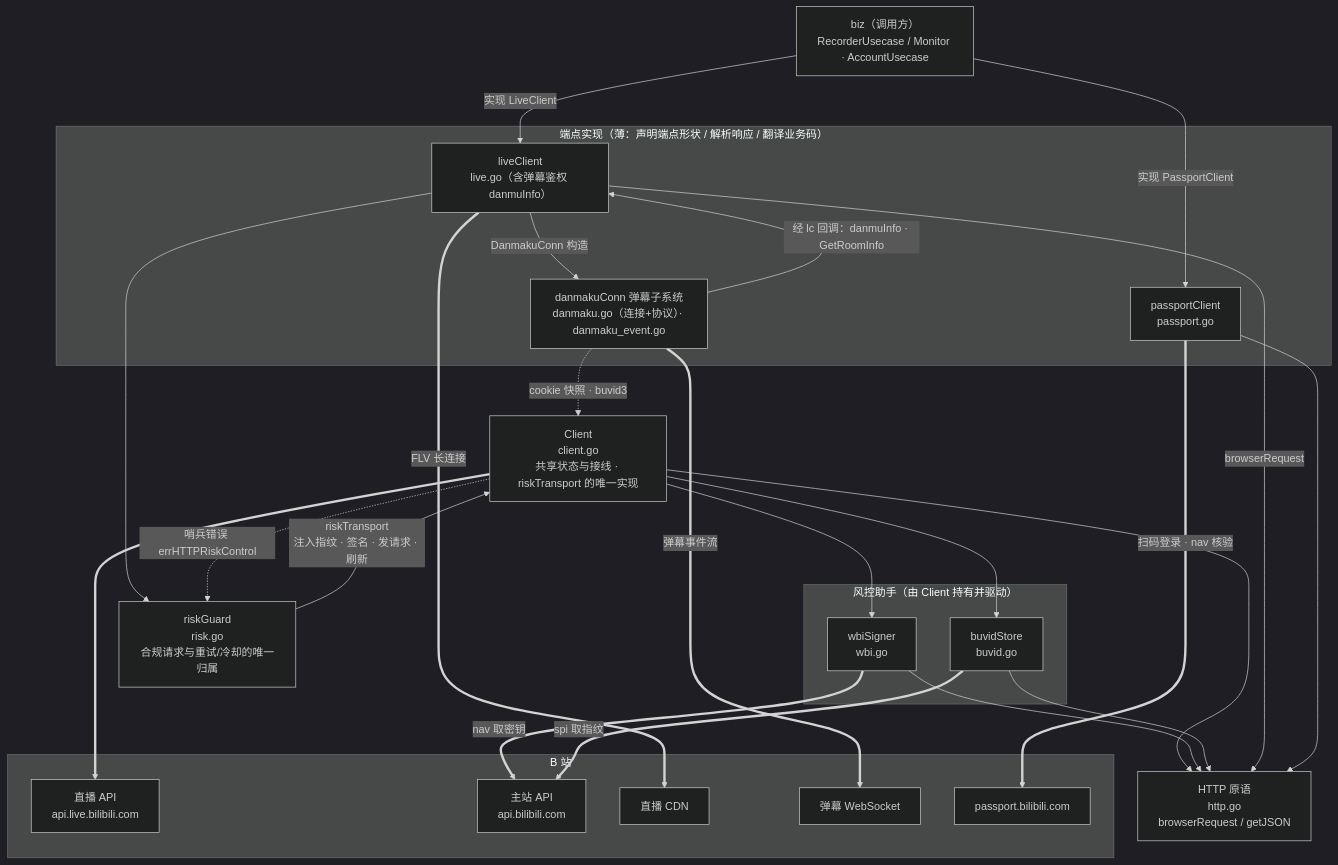
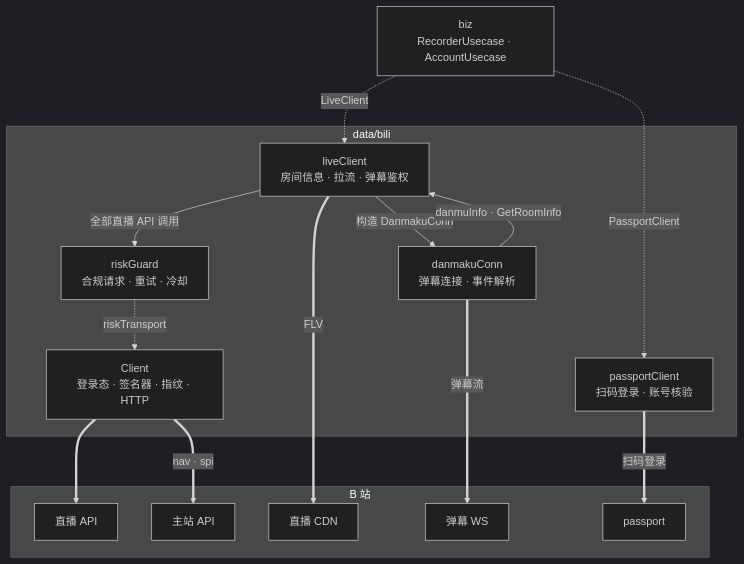
One commit to xgbt/suika changed the diagram in internal/data/bili/README.md. Above: the diagram before and after it, drawn with Mermaid (dark theme). The commit also changed other lines of this file, not shown here.

Commit message:
refactor(readme): 更新架构图和描述，增强可读性和一致性

````diff
--- a/internal/data/bili/README.md
+++ b/internal/data/bili/README.md
@@ -7,52 +7,32 @@
 ```mermaid
 flowchart TB
-    UC["biz（调用方）<br/>RecorderUsecase / Monitor · AccountUsecase"]
+    UC["biz<br/>RecorderUsecase · AccountUsecase"]
 
-    subgraph ENDPOINTS["端点实现（薄：声明端点形状 / 解析响应 / 翻译业务码）"]
-        LIVE["liveClient<br/>live.go（含弹幕鉴权 danmuInfo）"]
-        DM["danmakuConn 弹幕子系统<br/>danmaku.go（连接+协议）· danmaku_event.go"]
-        PASS["passportClient<br/>passport.go"]
+    subgraph BILI["data/bili"]
+        LIVE["liveClient<br/>房间信息 · 拉流 · 弹幕鉴权"]
+        DM["danmakuConn<br/>弹幕连接 · 事件解析"]
+        PASS["passportClient<br/>扫码登录 · 账号核验"]
+        RISK["riskGuard<br/>合规请求 · 重试 · 冷却"]
+        CLIENT["Client<br/>登录态 · 签名器 · 指纹 · HTTP"]
     end
 
-    RISK["riskGuard<br/>risk.go<br/>合规请求与重试/冷却的唯一归属"]
-    CLIENT["Client<br/>client.go<br/>共享状态与接线 · riskTransport 的唯一实现"]
-
-    subgraph HELPERS["风控助手（由 Client 持有并驱动）"]
-        WBI["wbiSigner<br/>wbi.go"]
-        BUVID["buvidStore<br/>buvid.go"]
+    subgraph PLAT["B 站"]
+        API["直播 API"]
+        WWW["主站 API"]
+        CDN["直播 CDN"]
+        WS["弹幕 WS"]
+        PP["passport"]
     end
 
-    HTTP["HTTP 原语<br/>http.go<br/>browserRequest / getJSON"]
-
-    subgraph BILI["B 站"]
-        BILIAPI["直播 API<br/>api.live.bilibili.com"]
-        WWWAPI["主站 API<br/>api.bilibili.com"]
-        CDN["直播 CDN"]
-        WS["弹幕 WebSocket"]
-        PP["passport.bilibili.com"]
-    end
-
-    UC -->|"实现 LiveClient"| LIVE
-    UC -->|"实现 PassportClient"| PASS
-    LIVE -->|"DanmakuConn 构造"| DM
-    DM -->|"经 lc 回调：danmuInfo · GetRoomInfo"| LIVE
-    LIVE --> RISK
-    DM -.->|"cookie 快照 · buvid3"| CLIENT
-    RISK -->|"riskTransport<br/>注入指纹 · 签名 · 发请求 · 刷新"| CLIENT
-    CLIENT -.->|"哨兵错误 errHTTPRiskControl"| RISK
-
-    CLIENT --> WBI
-    CLIENT --> BUVID
-    CLIENT --> HTTP
-    WBI --> HTTP
-    BUVID --> HTTP
-    LIVE -->|"browserRequest"| HTTP
-    PASS --> HTTP
-
-    CLIENT ==> BILIAPI
-    WBI ==>|"nav 取密钥"| WWWAPI
-    BUVID ==>|"spi 取指纹"| WWWAPI
-    LIVE ==>|"FLV 长连接"| CDN
-    DM ==>|"弹幕事件流"| WS
-    PASS ==>|"扫码登录 · nav 核验"| PP
+    UC -.->|LiveClient| LIVE
+    UC -.->|PassportClient| PASS
+    LIVE -->|构造 DanmakuConn| DM
+    DM -->|danmuInfo · GetRoomInfo| LIVE
+    LIVE -->|全部直播 API 调用| RISK
+    RISK -.->|riskTransport| CLIENT
+    CLIENT ==>|nav · spi| WWW
+    CLIENT ==> API
+    LIVE ==>|FLV| CDN
+    DM ==>|弹幕流| WS
+    PASS ==>|扫码登录| PP
 ```
````
